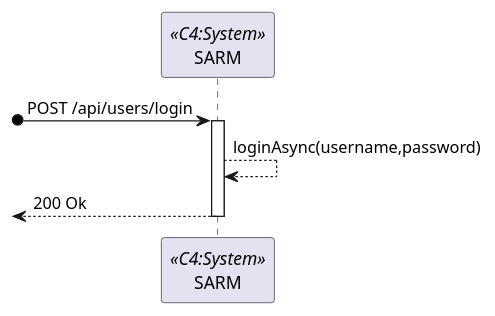
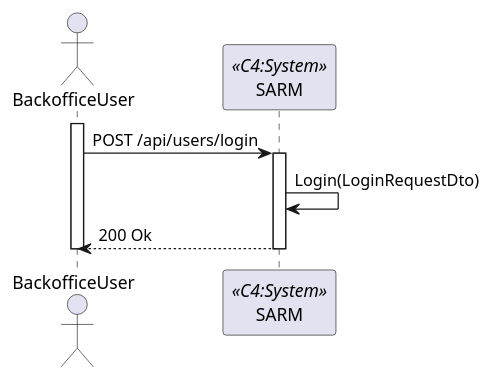
The diagram in docs/sprint-a/us-5.1.6/views/level2/process-view.puml (1220846/sem5pi-24-25-3ddg20), drawn with PlantUML before and after one commit. The commit also changed 7 other files, not shown here.

```diff
--- a/docs/sprint-a/us-5.1.6/views/level2/process-view.puml
+++ b/docs/sprint-a/us-5.1.6/views/level2/process-view.puml
@@ -1,12 +1,15 @@
-@startuml ssdlevel1
+@startuml process-view
 
+actor "BackofficeUser" as User
 participant SYS as "SARM" <<C4:System>>
 
-?o->SYS:POST /api/users/login
-activate SYS
+activate User
+User->SYS:POST /api/users/login
+    activate SYS
 
-    SYS-->SYS:loginAsync(username,password)
+        SYS->SYS:Login(LoginRequestDto)
 
-    <--SYS:200 Ok
-deactivate SYS
+        User<--SYS:200 Ok
+    deactivate SYS
+deactivate User
 @enduml
```
